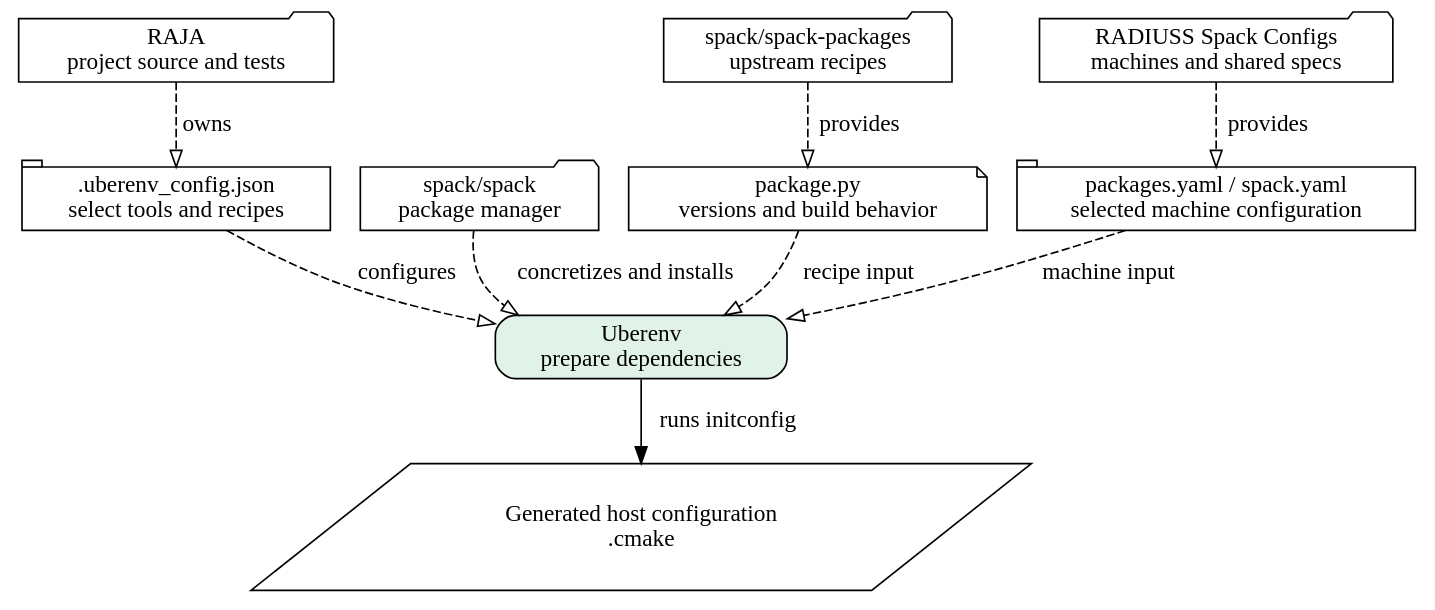
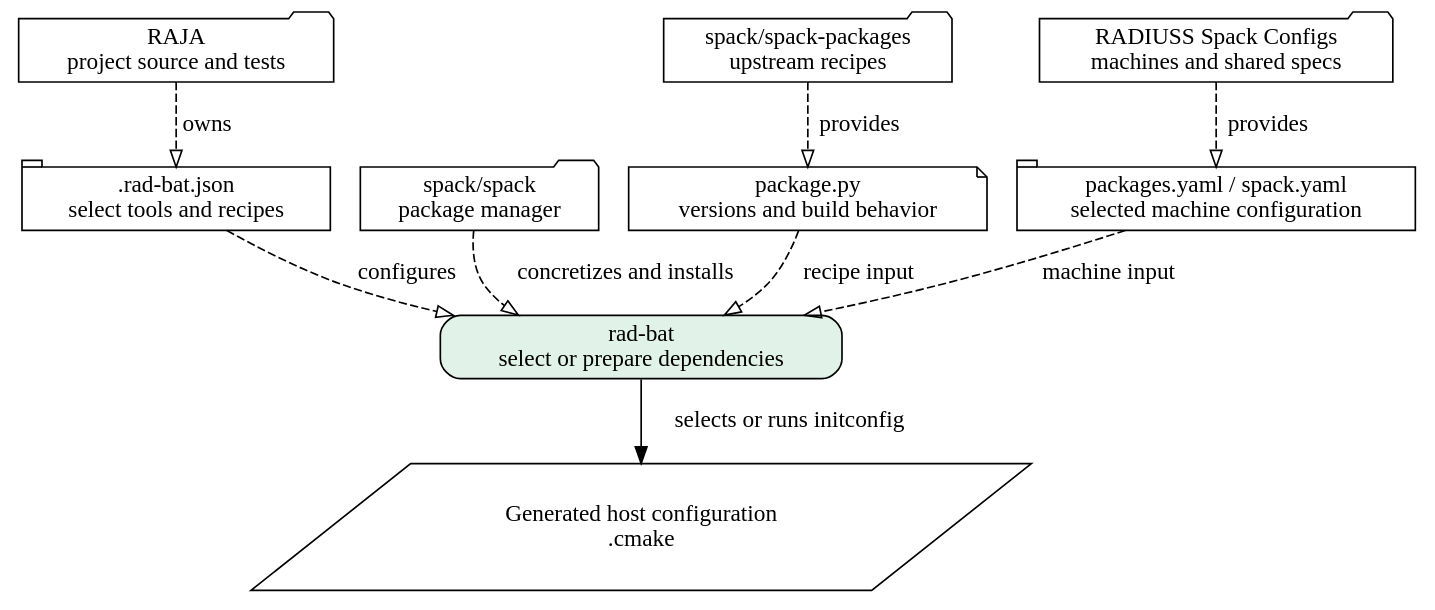
Before and after one commit to llnl/radiuss-spack-configs: the diagram in docs/sphinx/figures/components.dot, drawn with Graphviz. The commit also changed 14 other files, not shown here.

Commit message:
docs: make rad-bat the primary workflow

```diff
--- a/docs/sphinx/figures/components.dot
+++ b/docs/sphinx/figures/components.dot
@@ -1,21 +1,21 @@
 // SPDX-License-Identifier: MIT
 digraph components {
   rankdir=TB;
   project [label="RAJA\nproject source and tests", shape=folder, fillcolor="#e3edf7"];
-  settings [label=".uberenv_config.json\nselect tools and recipes", shape=tab, fillcolor="#eee8f5"];
+  settings [label=".rad-bat.json\nselect tools and recipes", shape=tab, fillcolor="#eee8f5"];
   spack [label="spack/spack\npackage manager", shape=folder, fillcolor="#e3edf7"];
   recipes [label="spack/spack-packages\nupstream recipes", shape=folder, fillcolor="#e3edf7"];
   recipe [label="package.py\nversions and build behavior", shape=note, fillcolor="#fff2cf"];
   configs [label="RADIUSS Spack Configs\nmachines and shared specs", shape=folder, fillcolor="#e3edf7"];
   machine [label="packages.yaml / spack.yaml\nselected machine configuration", shape=tab, fillcolor="#eee8f5"];
-  uberenv [label="Uberenv\nprepare dependencies", shape=box, style="rounded,filled", fillcolor="#e1f2e8"];
+  radbat [label="rad-bat\nselect or prepare dependencies", shape=box, style="rounded,filled", fillcolor="#e1f2e8"];
   host [label="Generated host configuration\n.cmake", shape=parallelogram, fillcolor="#dcf2f4"];
   project -> settings [style=dashed, arrowhead=empty, label="owns"];
-  settings -> uberenv [style=dashed, arrowhead=empty, label="configures"];
+  settings -> radbat [style=dashed, arrowhead=empty, label="configures"];
   recipes -> recipe [style=dashed, arrowhead=empty, label="provides"];
   configs -> machine [style=dashed, arrowhead=empty, label="provides"];
-  spack -> uberenv [style=dashed, arrowhead=empty, label="concretizes and installs"];
-  recipe -> uberenv [style=dashed, arrowhead=empty, label="recipe input"];
-  machine -> uberenv [style=dashed, arrowhead=empty, label="machine input"];
-  uberenv -> host [label="runs initconfig"];
+  spack -> radbat [style=dashed, arrowhead=empty, label="concretizes and installs"];
+  recipe -> radbat [style=dashed, arrowhead=empty, label="recipe input"];
+  machine -> radbat [style=dashed, arrowhead=empty, label="machine input"];
+  radbat -> host [label="selects or runs initconfig"];
 }
```
